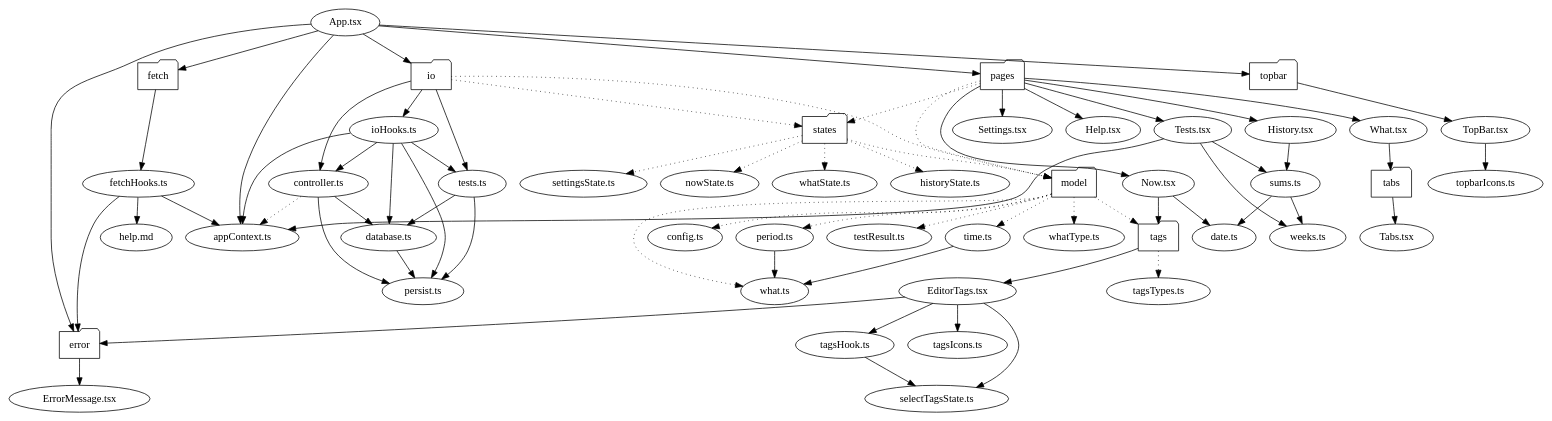
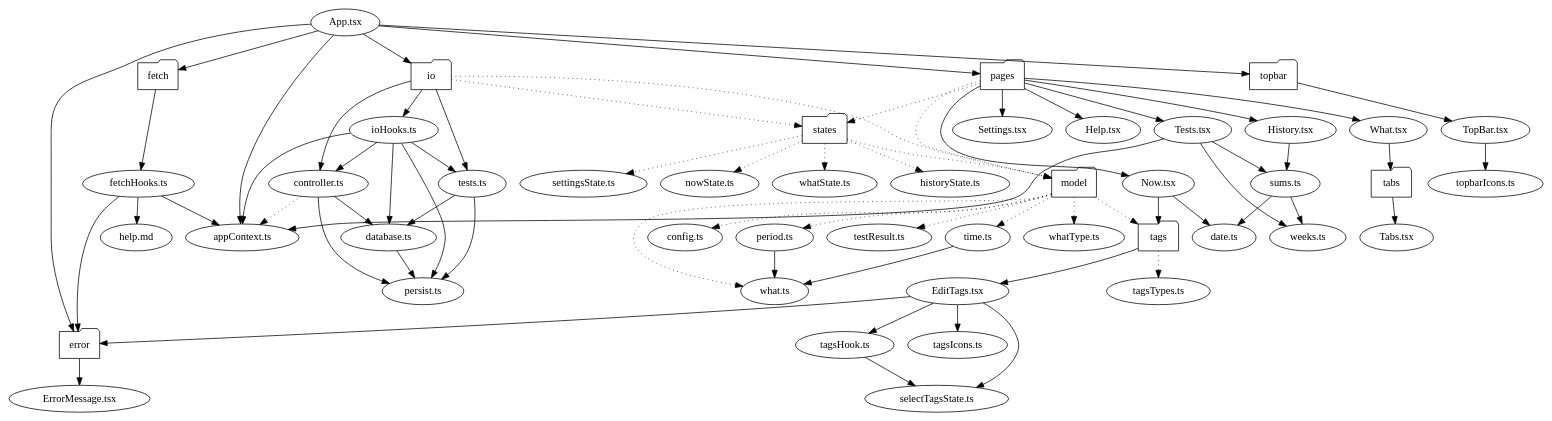
Before and after one commit to cwellsx/time: the diagram in dependencies/dependencies.dot, drawn with Graphviz. The commit also changed 5 other files, not shown here.

Commit message:
Rename EditorTags to EditTags

```diff
--- a/dependencies/dependencies.dot
+++ b/dependencies/dependencies.dot
@@ -1,69 +1,69 @@
 digraph SRC {
   "App.tsx" -> {"error" "fetch" "io" "pages" "topbar" "appContext.ts"};
   "appContext.ts" -> {};
 
   "error" [shape=folder];
   "fetch" [shape=folder];
   "io" [shape=folder];
   "model" [shape=folder];
   "pages" [shape=folder];
   "states" [shape=folder];
   "tabs" [shape=folder];
   "tags" [shape=folder];
   "topbar" [shape=folder];
   
   "error" -> {"ErrorMessage.tsx"};
   "ErrorMessage.tsx" -> {};
 
   "fetch" -> {"fetchHooks.ts"};
   "fetchHooks.ts" -> {"error" "help.md" "appContext.ts"}
   "help.md" -> {}
 
   "io" -> {"controller.ts" "ioHooks.ts" "tests.ts"};
   "io" -> {"model" "states"} [style=dotted];
   "controller.ts" -> {"persist.ts" "database.ts"};
   "controller.ts" -> {"appContext.ts"} [style=dotted];
   "database.ts" -> {"persist.ts"};
   "ioHooks.ts" -> {"controller.ts" "database.ts" "persist.ts" "tests.ts" "appContext.ts"};
   "tests.ts" -> {"database.ts" "persist.ts"};
   "persist.ts" -> {}
 
   "model" -> {"config.ts" "period.ts" "testResult.ts" "time.ts" "tags" "whatType.ts" "what.ts"} [style=dotted];
   "config.ts" -> {};
   "period.ts" -> {"what.ts"};
   "testResult.ts" -> {};
   "time.ts" -> {"what.ts"};
   "what.ts" -> {};
   "whatType.ts" -> {};
 
   "pages" -> {"Now.tsx" "What.tsx" "History.tsx" "Settings.tsx" "Help.tsx" "Tests.tsx"};
   "pages" -> {"model" "states"} [style=dotted];
   "date.ts" -> {};
   "Now.tsx" -> {"date.ts" "tags"};
   "What.tsx" -> {"tabs"};
   "History.tsx" -> {"sums.ts"};
   "Settings.tsx" -> {};
   "Help.tsx" -> {};
   "Tests.tsx" -> {"weeks.ts" "sums.ts" "appContext.ts"};
   "sums.ts" -> {"weeks.ts" "date.ts"};
 
   "states" -> {"nowState.ts" "whatState.ts" "historyState.ts" "settingsState.ts" "model"} [style=dotted];
   "nowState.ts" -> {};
   "whatState.ts" -> {};
   "historyState.ts" -> {};
   "settingsState.ts" -> {};
 
   "tabs" -> {"Tabs.tsx"};
   "Tabs.tsx" -> {};
 
-  "tags" -> {"EditorTags.tsx"};
+  "tags" -> {"EditTags.tsx"};
   "tags" -> {"tagsTypes.ts"} [style=dotted];
-  "EditorTags.tsx" -> {"error" "selectTagsState.ts" "tagsHook.ts" "tagsIcons.ts"};
+  "EditTags.tsx" -> {"error" "selectTagsState.ts" "tagsHook.ts" "tagsIcons.ts"};
   "tagsHook.ts" -> {"selectTagsState.ts"};
   "tagsIcons.ts" -> {};
   "tagsTypes.ts" -> {};
 
   "topbar" -> {"TopBar.tsx"};
   "TopBar.tsx" -> {"topbarIcons.ts"};
   "topbarIcons.ts" -> {};
 }
```
